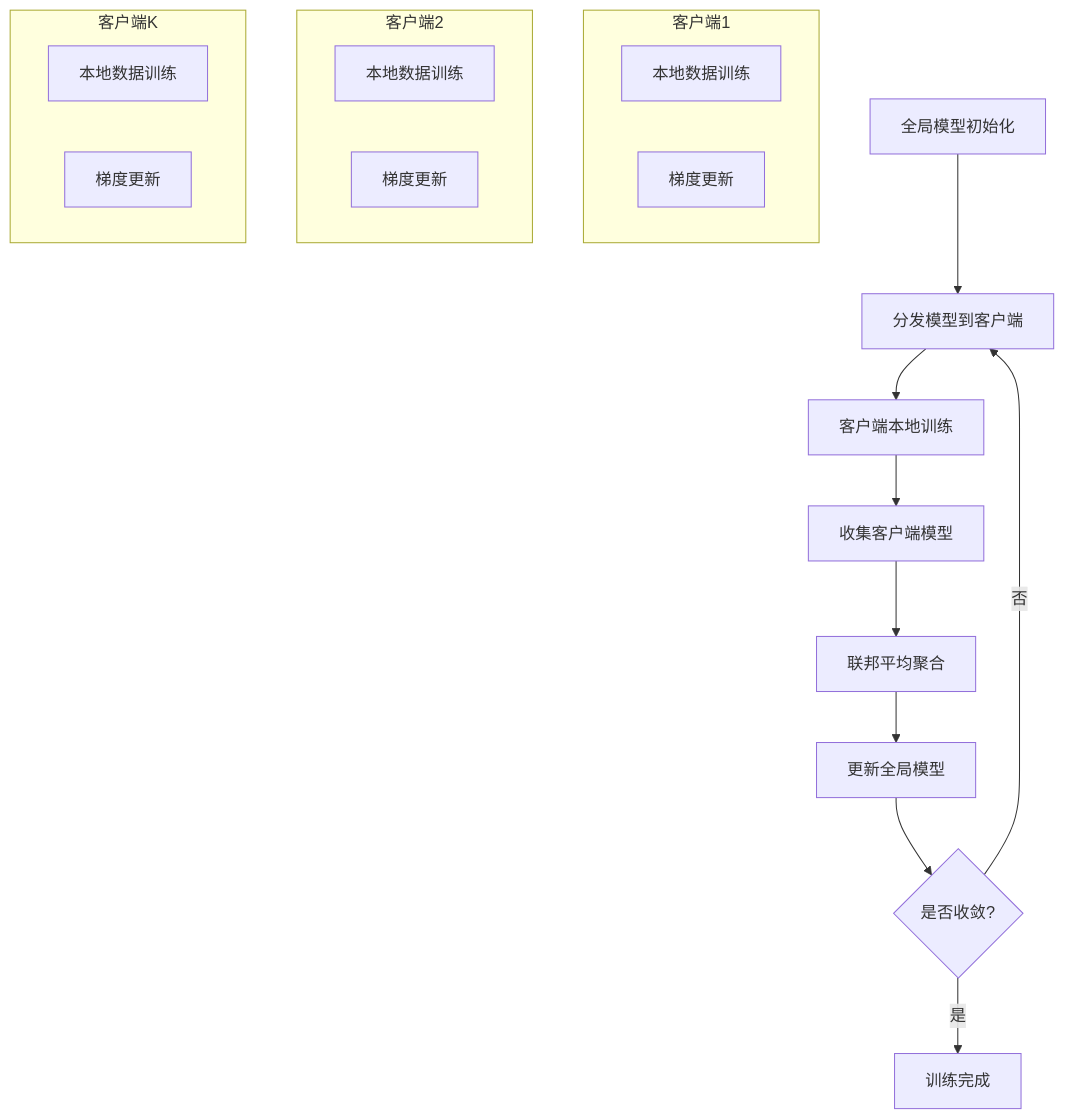
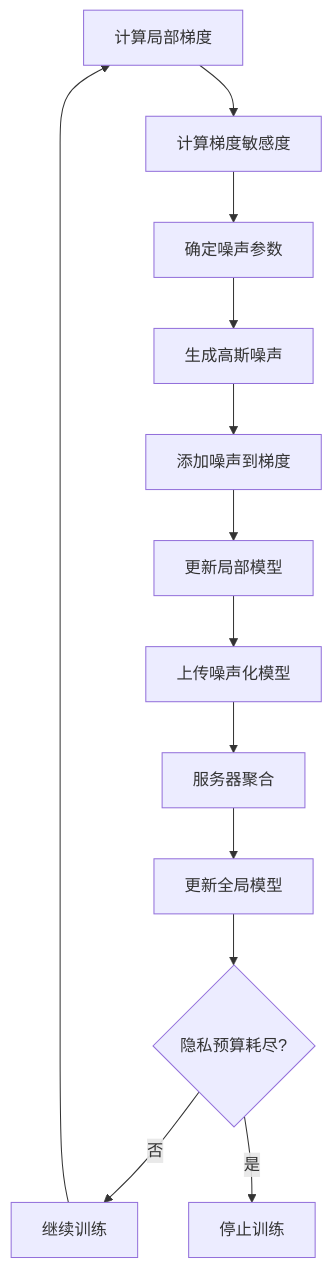
The second of 3 diagrams in docs/09-实现示例/通用示例/FEDERATED_LEARNING_MULTI_REPRESENTATION.md (AdaMartin18010/FormalModel), drawn with Mermaid before and after one commit. The commit also changed other lines of this file and 7 other files, not shown here.

````diff
--- a/docs/09-实现示例/通用示例/FEDERATED_LEARNING_MULTI_REPRESENTATION.md
+++ b/docs/09-实现示例/通用示例/FEDERATED_LEARNING_MULTI_REPRESENTATION.md
@@ -33,26 +241,15 @@
 ```mermaid
-graph TD
-    A[全局模型初始化] --> B[分发模型到客户端]
-    B --> C[客户端本地训练]
-    C --> D[收集客户端模型]
-    D --> E[联邦平均聚合]
-    E --> F[更新全局模型]
-    F --> G{是否收敛?}
-    G -->|否| B
-    G -->|是| H[训练完成]
-    
-    subgraph "客户端1"
-        C1[本地数据训练]
-        C2[梯度更新]
-    end
-    
-    subgraph "客户端2"
-        C3[本地数据训练]
-        C4[梯度更新]
-    end
-    
-    subgraph "客户端K"
-        C5[本地数据训练]
-        C6[梯度更新]
-    end
+flowchart TD
+    A[计算局部梯度] --> B[计算梯度敏感度]
+    B --> C[确定噪声参数]
+    C --> D[生成高斯噪声]
+    D --> E[添加噪声到梯度]
+    E --> F[更新局部模型]
+    F --> G[上传噪声化模型]
+    G --> H[服务器聚合]
+    H --> I[更新全局模型]
+    I --> J{隐私预算耗尽?}
+    J -->|否| K[继续训练]
+    J -->|是| L[停止训练]
+    K --> A
 ```
````
